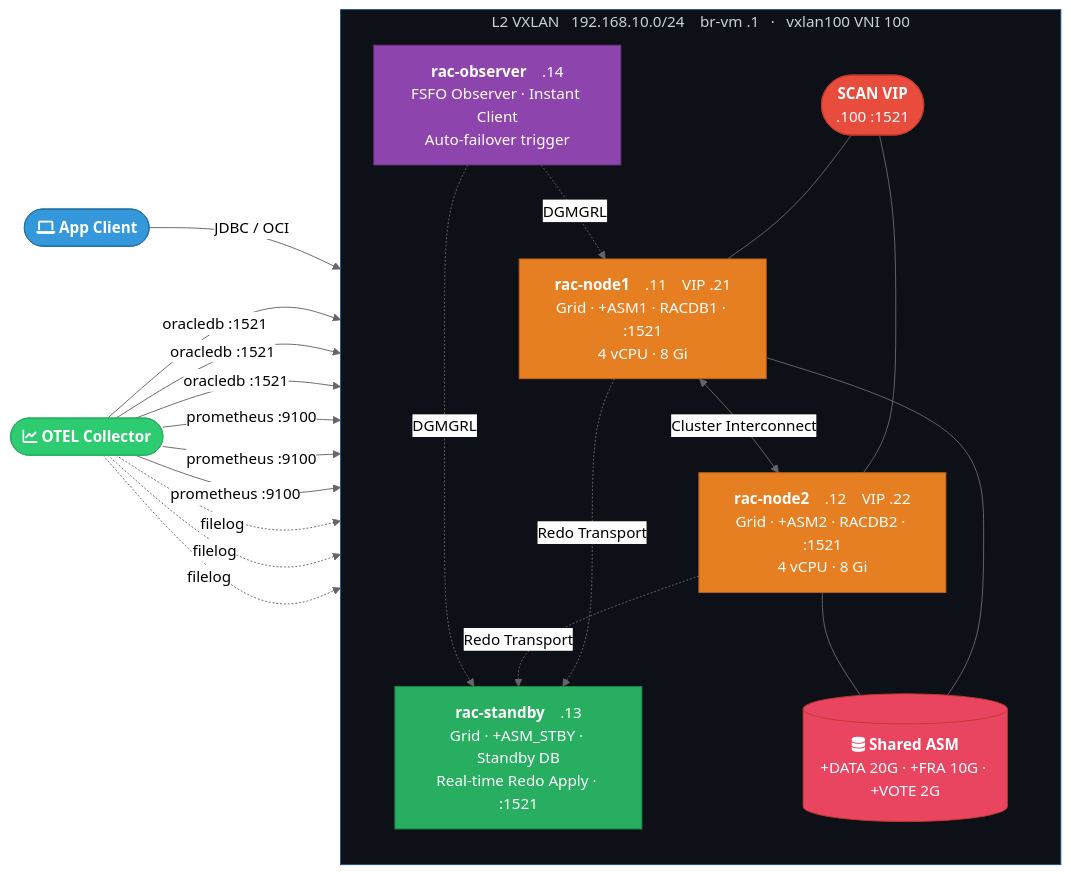
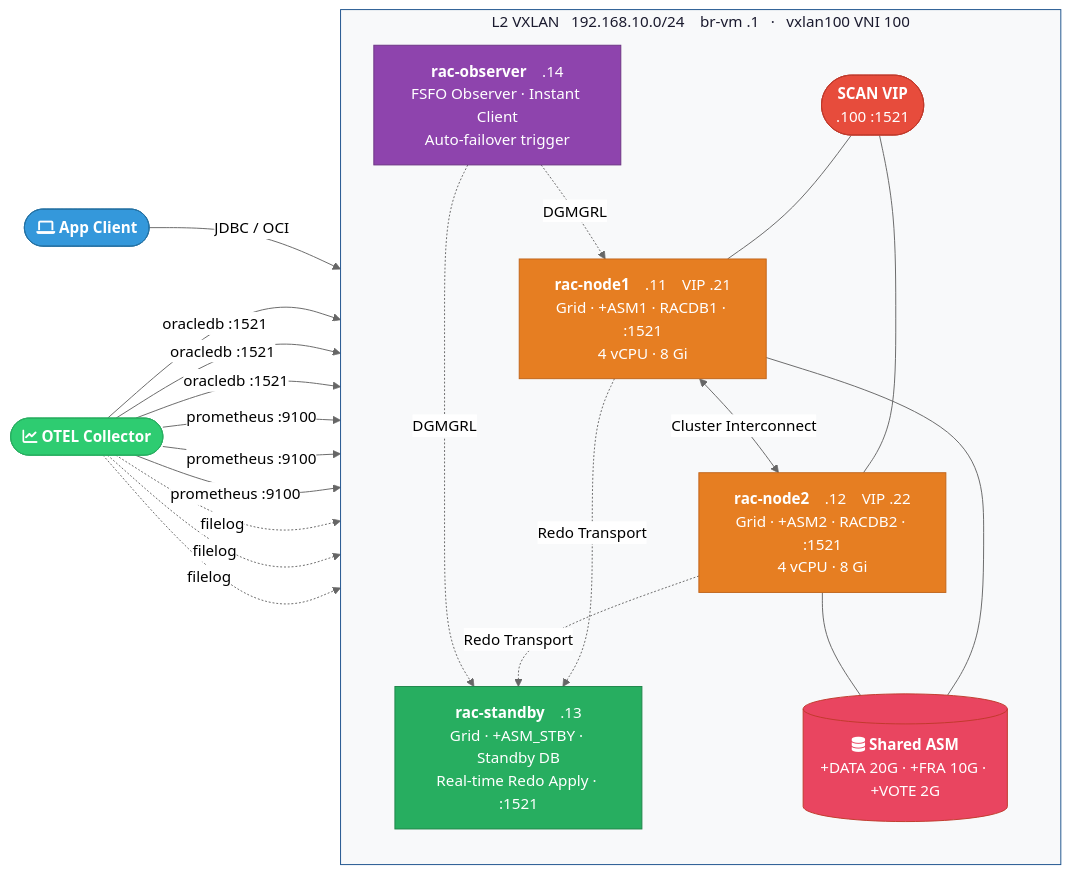
The second of 4 diagrams in oracle-rac/README.MD (mazsola2k/platform-engineering), drawn with Mermaid (neutral theme) before and after one commit. The commit also changed other lines of this file, not shown here.

````diff
--- a/oracle-rac/README.MD
+++ b/oracle-rac/README.MD
@@ -58,44 +58,44 @@
 ```mermaid
 flowchart LR
     Client(["fa:fa-laptop <b>App Client</b>"])
     OTEL(["fa:fa-chart-line <b>OTEL Collector</b>"])
 
     Client -- "JDBC / OCI" --> SCAN
 
     subgraph NET["L2 VXLAN &ensp;192.168.10.0/24 &ensp; br-vm .1 &ensp;·&ensp; vxlan100 VNI 100"]
         direction TB
 
         SCAN(["<b>SCAN VIP</b><br/>.100 :1521"])
 
         SCAN --- N1 & N2
 
         N1["<b>rac-node1</b> &ensp; .11 &ensp; VIP .21<br/>Grid · +ASM1 · RACDB1 · :1521<br/>4 vCPU · 8 Gi"]
         N2["<b>rac-node2</b> &ensp; .12 &ensp; VIP .22<br/>Grid · +ASM2 · RACDB2 · :1521<br/>4 vCPU · 8 Gi"]
 
         N1 <-- "Cluster Interconnect" --> N2
 
         N1 & N2 -. "Redo Transport" .-> SB
 
         SB["<b>rac-standby</b> &ensp; .13<br/>Grid · +ASM_STBY · Standby DB<br/>Real-time Redo Apply · :1521"]
 
         OBS["<b>rac-observer</b> &ensp; .14<br/>FSFO Observer · Instant Client<br/>Auto-failover trigger"]
 
         OBS -. "DGMGRL" .-> N1 & SB
 
         N1 & N2 --- DISK[("fa:fa-database <b>Shared ASM</b><br/>+DATA 20G · +FRA 10G · +VOTE 2G")]
     end
 
     OTEL -- "oracledb :1521" --> N1 & N2 & SB
     OTEL -- "prometheus :9100" --> N1 & N2 & SB
     OTEL -. "filelog" .-> N1 & N2 & SB
 
-    style NET fill:#0d1117,stroke:#1a508b,color:#c9d1d9
+    style NET fill:#f8f9fa,stroke:#1a508b,color:#1a1a2e
     style N1 fill:#e67e22,stroke:#c0641a,color:#fff
     style N2 fill:#e67e22,stroke:#c0641a,color:#fff
     style SCAN fill:#e74c3c,stroke:#c0392b,color:#fff
     style SB fill:#27ae60,stroke:#1e8449,color:#fff
     style OBS fill:#8e44ad,stroke:#6c3483,color:#fff
     style DISK fill:#e94560,stroke:#c0392b,color:#fff
     style Client fill:#3498db,stroke:#2471a3,color:#fff
     style OTEL fill:#2ecc71,stroke:#27ae60,color:#fff
 ```
````
